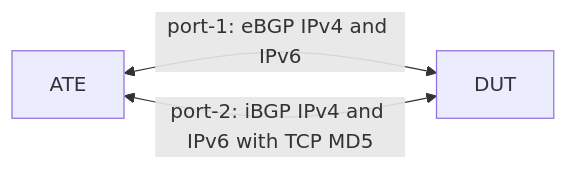
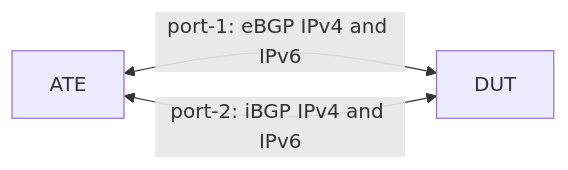
Before and after one commit to openconfig/featureprofiles: the diagram in feature/bgp/otg_tests/bgp_tcp_mss_path_mtu/README.md, drawn with Mermaid. The commit also changed other lines of this file, not shown here.

First line of the commit message:
RT-1.21: Remove TCP MD5 authentication from the iBGP sessions

````diff
--- a/feature/bgp/otg_tests/bgp_tcp_mss_path_mtu/README.md
+++ b/feature/bgp/otg_tests/bgp_tcp_mss_path_mtu/README.md
@@ -30,5 +29,5 @@
 ```mermaid
 graph LR
     ATE["ATE"] <-->|"port-1: eBGP IPv4 and IPv6"| DUT["DUT"]
-    ATE <-->|"port-2: iBGP IPv4 and IPv6 with TCP MD5"| DUT
+    ATE <-->|"port-2: iBGP IPv4 and IPv6"| DUT
 ```
````
